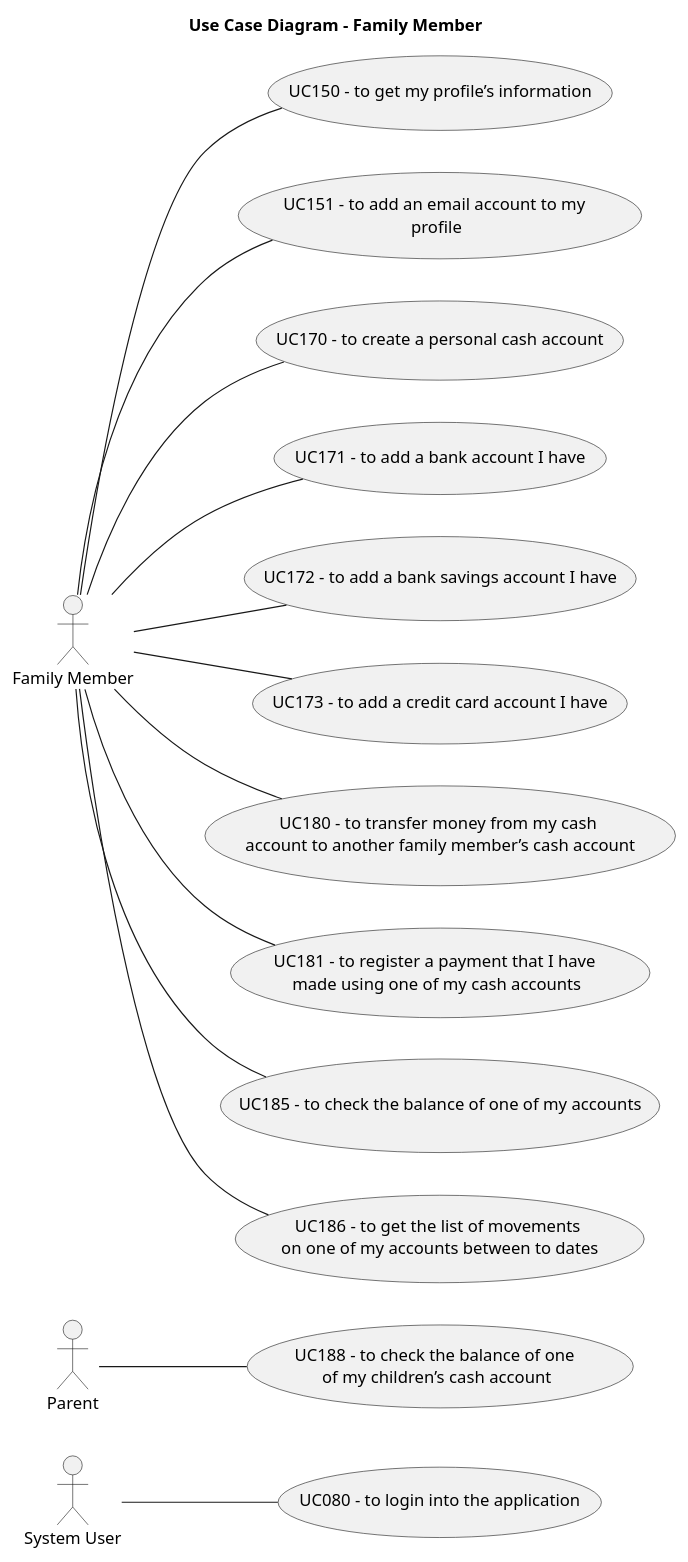
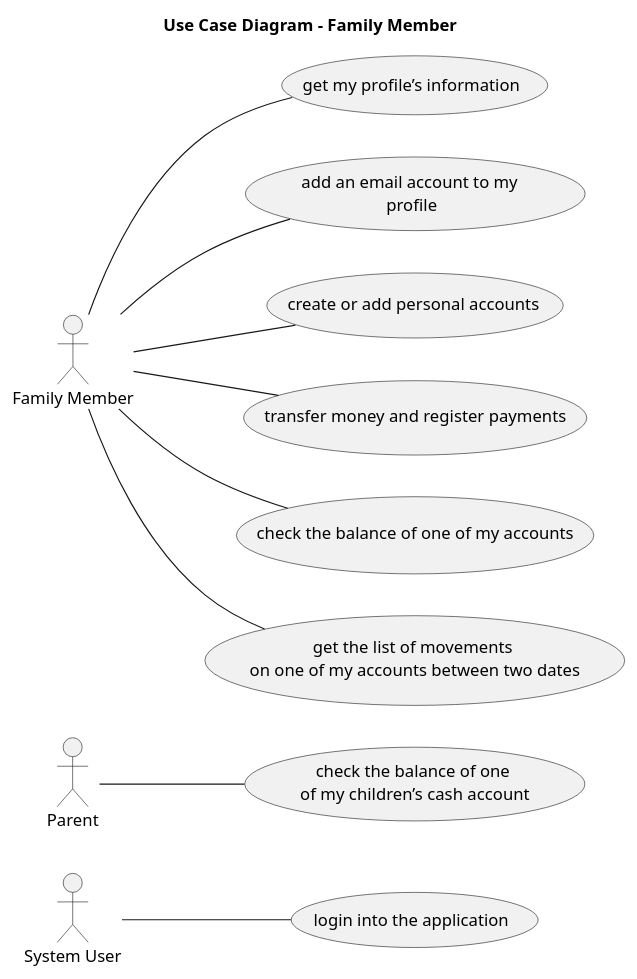
One commit to tomas-osswald/switch_2020_g3 changed the diagram in docs/sprint6/diagrams/UseCaseDiagramFM.puml. Above: the diagram before and after it, drawn with PlantUML. The commit also changed 2 other files, not shown here.

```diff
--- a/docs/sprint6/diagrams/UseCaseDiagramFM.puml
+++ b/docs/sprint6/diagrams/UseCaseDiagramFM.puml
@@ -1,38 +1,30 @@
 @startuml
 
 left to right direction
 
 title Use Case Diagram - Family Member
 
 actor "System User" as su
 actor "Parent" as parent
 actor "Family Member" as fm
 
-usecase "UC080 - to login into the application" as uc080
-usecase "UC150 - to get my profile’s information" as uc150
-usecase "UC151 - to add an email account to my \nprofile" as uc151
-usecase "UC170 - to create a personal cash account" as uc170
-usecase "UC171 - to add a bank account I have" as uc171
-usecase "UC172 - to add a bank savings account I have" as uc172
-usecase "UC173 - to add a credit card account I have" as uc173
-usecase "UC180 - to transfer money from my cash \naccount to another family member’s cash account" as uc180
-usecase "UC181 - to register a payment that I have \nmade using one of my cash accounts" as uc181
-usecase "UC185 - to check the balance of one of my accounts" as uc185
-usecase "UC186 - to get the list of movements \non one of my accounts between to dates" as uc186
-usecase "UC188 - to check the balance of one \nof my children’s cash account" as uc188
+usecase "login into the application" as uc080
+usecase "get my profile’s information" as uc150
+usecase "add an email account to my \nprofile" as uc151
+usecase "create or add personal accounts" as uc170
+usecase "transfer money and register payments" as uc180
+usecase "check the balance of one of my accounts" as uc185
+usecase "get the list of movements \non one of my accounts between two dates" as uc186
+usecase "check the balance of one \nof my children’s cash account" as uc188
 
 su -- uc080
 fm -- uc150
 fm -- uc151
 fm -- uc170
-fm -- uc171
-fm -- uc172
-fm -- uc173
 fm -- uc180
-fm -- uc181
 fm -- uc185
 fm -- uc186
 parent -- uc188
 
 
 @enduml
```
